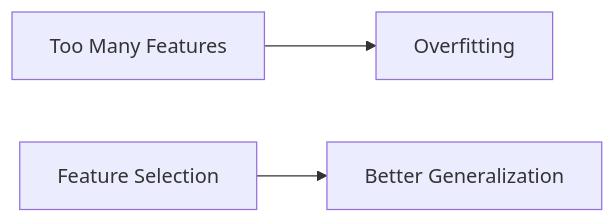
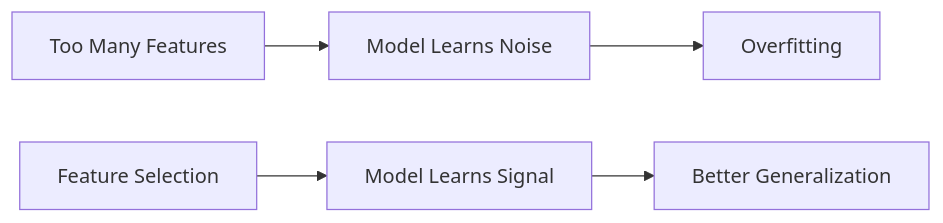
One commit to Balasubramanian-pg/MSC.-Data-Science-AI changed the seventh of 7 diagrams in Trimester 1/Data Preprocessing/W06 - Data Reduction/L1/6.4. Attribute Subset Selection.md. Above: the diagram before and after it, drawn with Mermaid. The commit also changed other lines of this file, not shown here.

Commit message:
Update 6.4. Attribute Subset Selection.md

````diff
--- a/Trimester 1/Data Preprocessing/W06 - Data Reduction/L1/6.4. Attribute Subset Selection.md
+++ b/Trimester 1/Data Preprocessing/W06 - Data Reduction/L1/6.4. Attribute Subset Selection.md
@@ -578,8 +400,9 @@
 ```mermaid
 flowchart LR
     A[Too Many Features]
-    --> B[Overfitting]
-
-    C[Feature Selection]
-    --> D[Better Generalization]
+    --> B[Model Learns Noise]
+    B --> C[Overfitting]
+    D[Feature Selection]
+    --> E[Model Learns Signal]
+    E --> F[Better Generalization]
 ```
````
